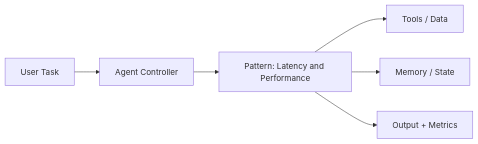
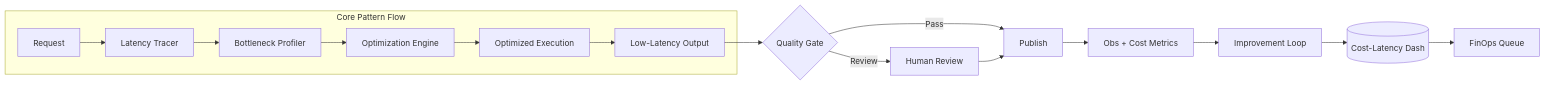
The diagram in notebooks/level_06_agent_operations_and_finops/30_latency_and_performance_architecture.md (vivekreeves/agentic-design-patterns-lab), drawn with Mermaid before and after one commit. The commit also changed 71 other files, not shown here.

````diff
--- a/notebooks/level_06_agent_operations_and_finops/30_latency_and_performance_architecture.md
+++ b/notebooks/level_06_agent_operations_and_finops/30_latency_and_performance_architecture.md
@@ -5,8 +5,18 @@
 ```mermaid
 flowchart LR
-  Q[User Task] --> A[Agent Controller]
-  A --> P[Pattern: Latency and Performance]
-  P --> T[Tools / Data]
-  P --> M[Memory / State]
-  P --> O[Output + Metrics]
+  subgraph CoreFlow[Core Pattern Flow]
+    REQ[Request] --> TR[Latency Tracer]
+    TR --> BP[Bottleneck Profiler]
+    BP --> OPT[Optimization Engine]
+    OPT --> EXEC[Optimized Execution]
+    EXEC --> O[Low-Latency Output]
+  end
+  O --> QG{Quality Gate}
+  QG -->|Pass| PUB[Publish]
+  QG -->|Review| HREV[Human Review]
+  HREV --> PUB
+  PUB --> OBS[Obs + Cost Metrics]
+  OBS --> LOOP[Improvement Loop]
+  LOOP --> CDB[(Cost-Latency Dash)]
+  CDB --> ACT[FinOps Queue]
 ```
````
